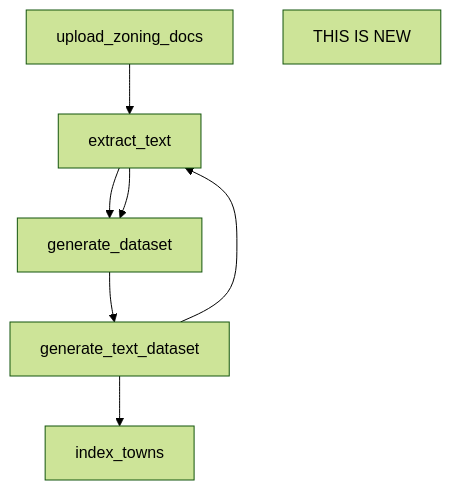
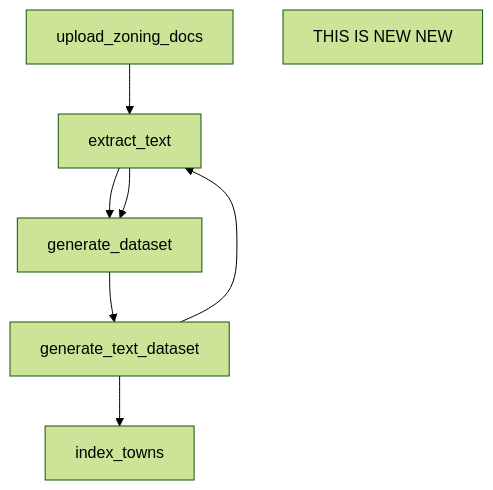
Before and after one commit to Sarang-Pramode/AEC-Tech-RhinoPage: the diagram in output.mmd, drawn with Mermaid (forest theme).

Commit message:
Auto-commit: 2023-11-04 16:51:09

```diff
--- a/output.mmd
+++ b/output.mmd
@@ -1,13 +1,13 @@
 flowchart TD
 	node1["extract_text"]
 	node2["generate_dataset"]
 	node3["generate_text_dataset"]
 	node4["index_towns"]
 	node5["upload_zoning_docs"]
 	node1-->node2
 	node2-->node3
 	node3-->node4
 	node5-->node1
 	node1-->node2
 	node3-->node1
-	node7["THIS IS NEW"]
+	node7["THIS IS NEW NEW"]
```
